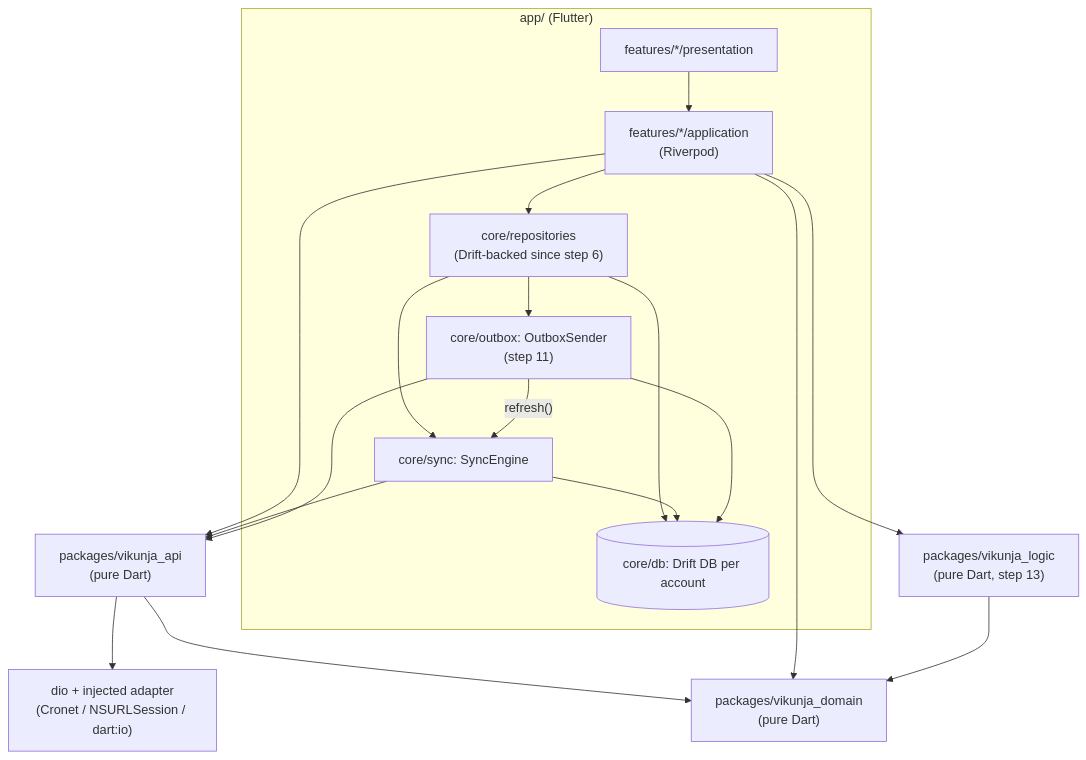
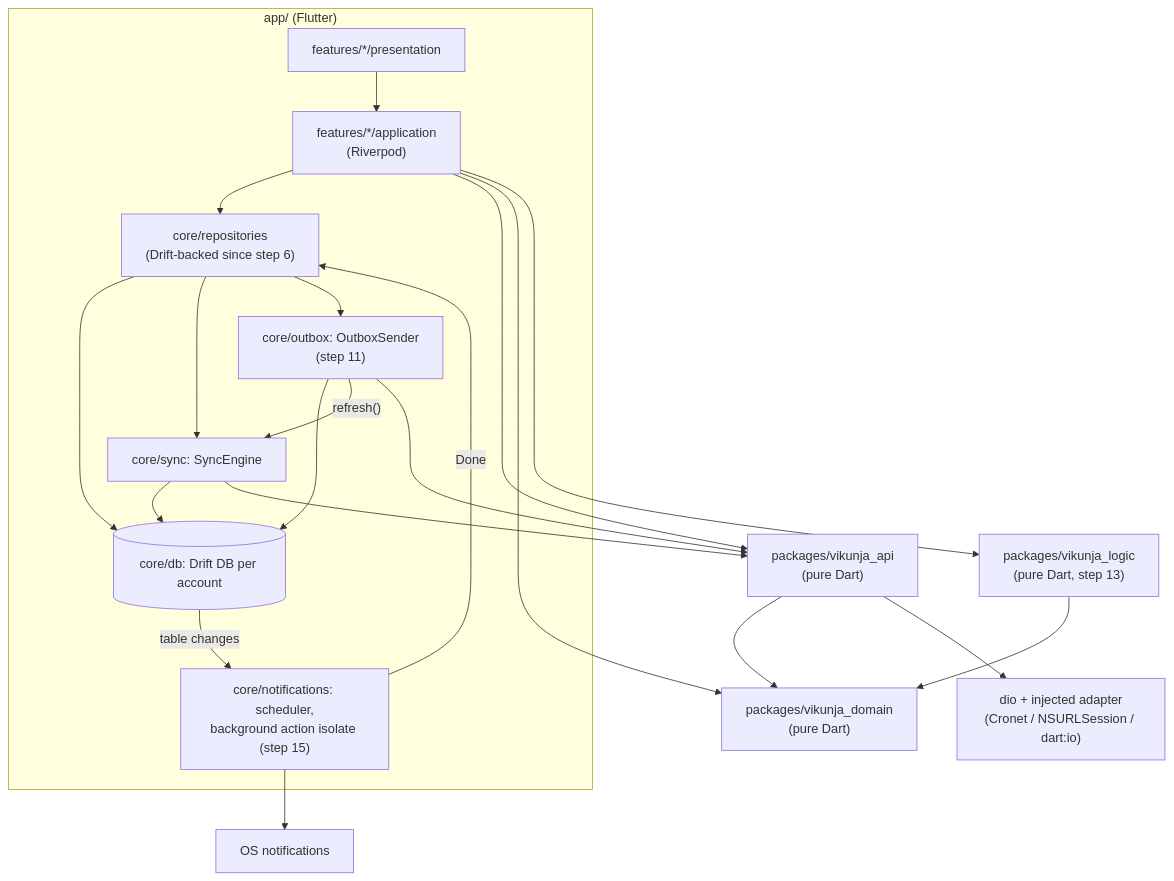
Before and after one commit to coderoftime/vikunja-app-ci-test: the first of 10 diagrams in docs/architecture.md, drawn with Mermaid. The commit also changed other lines of this file and 94 other files, not shown here.

First line of the commit message:
feat: local reminder and due-date notifications with Done and Snooze

````diff
--- a/docs/architecture.md
+++ b/docs/architecture.md
@@ -47,21 +47,24 @@
 ```mermaid
 flowchart TD
   subgraph APP["app/ (Flutter)"]
     PRES["features/*/presentation"] --> APPL["features/*/application<br/>(Riverpod)"]
     APPL --> REPO["core/repositories<br/>(Drift-backed since step 6)"]
     REPO --> DB[("core/db: Drift DB per account")]
     REPO --> SYNC["core/sync: SyncEngine"]
     SYNC --> DB
     REPO --> OUTBOX["core/outbox: OutboxSender<br/>(step 11)"]
     OUTBOX --> DB
     OUTBOX -- "refresh()" --> SYNC
+    DB -- "table changes" --> NOTIF["core/notifications: scheduler,<br/>background action isolate (step 15)"]
+    NOTIF -- "Done" --> REPO
   end
+  NOTIF --> OS["OS notifications"]
   APPL --> API
   SYNC --> API
   OUTBOX --> API
   API["packages/vikunja_api<br/>(pure Dart)"] --> DOM["packages/vikunja_domain<br/>(pure Dart)"]
   APPL --> DOM
   LOGIC["packages/vikunja_logic<br/>(pure Dart, step 13)"] --> DOM
   APPL --> LOGIC
   API --> DIO["dio + injected adapter<br/>(Cronet / NSURLSession / dart:io)"]
 ```
````
